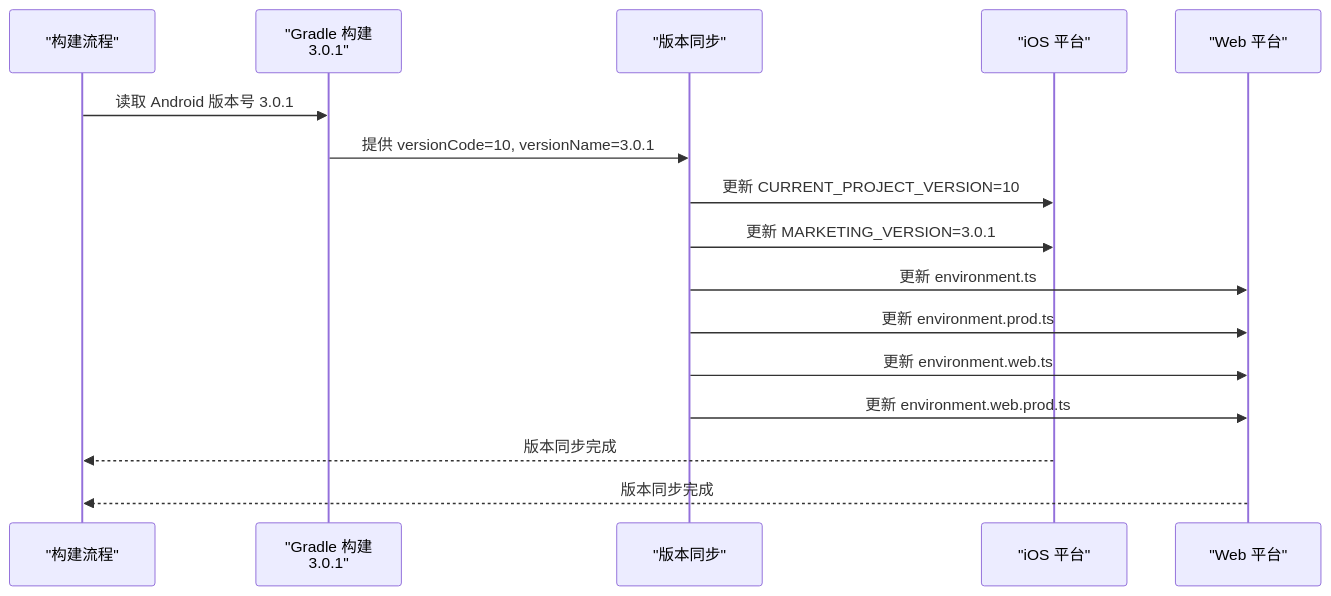
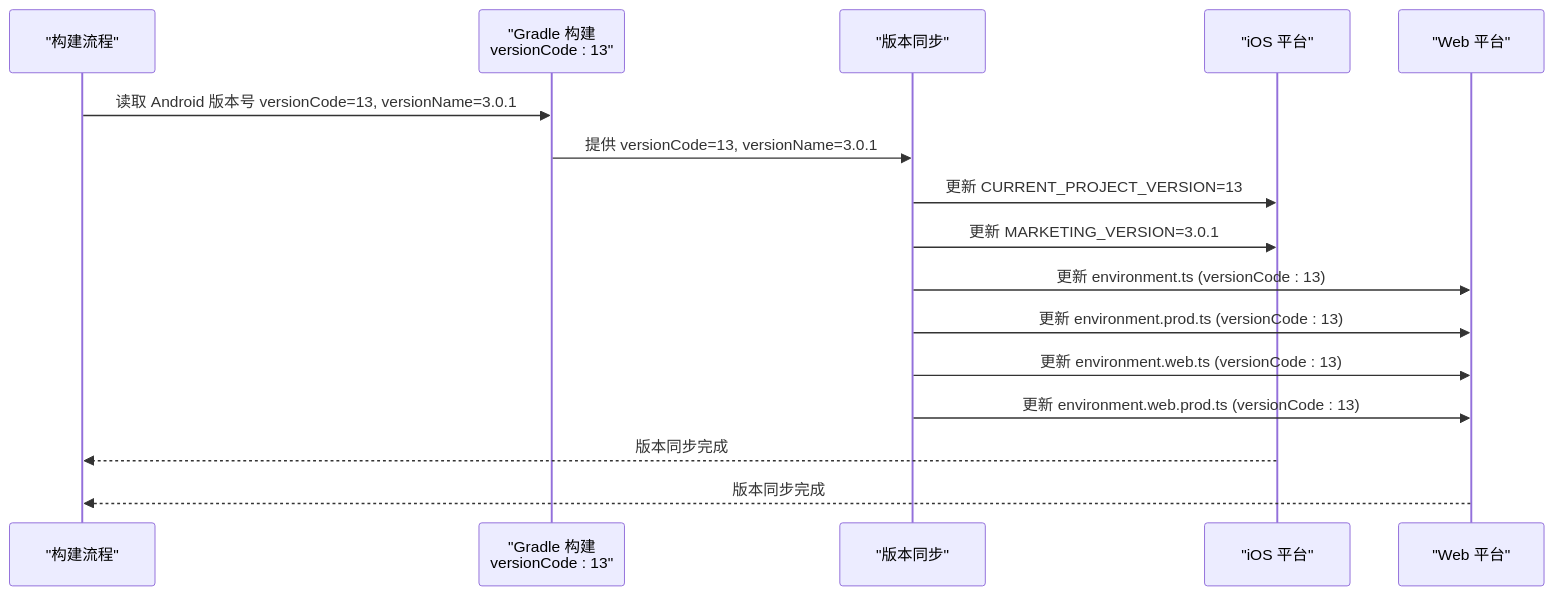
Before and after one commit to tea4go/Macro-Deck-Client-App: the fifth of 6 diagrams in .qoder/repowiki/zh/content/构建与部署/构建配置.md, drawn with Mermaid. The commit also changed other lines of this file and 57 other files, not shown here.

````diff
--- a/.qoder/repowiki/zh/content/构建与部署/构建配置.md
+++ b/.qoder/repowiki/zh/content/构建与部署/构建配置.md
@@ -909,18 +908,18 @@
 ```mermaid
 sequenceDiagram
 participant Build as "构建流程"
-participant Gradle as "Gradle 构建<br/>3.0.1"
+participant Gradle as "Gradle 构建<br/>versionCode : 13"
 participant Sync as "版本同步"
 participant iOS as "iOS 平台"
 participant Web as "Web 平台"
-Build->>Gradle : 读取 Android 版本号 3.0.1
-Gradle->>Sync : 提供 versionCode=10, versionName=3.0.1
-Sync->>iOS : 更新 CURRENT_PROJECT_VERSION=10
+Build->>Gradle : 读取 Android 版本号 versionCode=13, versionName=3.0.1
+Gradle->>Sync : 提供 versionCode=13, versionName=3.0.1
+Sync->>iOS : 更新 CURRENT_PROJECT_VERSION=13
 Sync->>iOS : 更新 MARKETING_VERSION=3.0.1
-Sync->>Web : 更新 environment.ts
-Sync->>Web : 更新 environment.prod.ts
-Sync->>Web : 更新 environment.web.ts
-Sync->>Web : 更新 environment.web.prod.ts
+Sync->>Web : 更新 environment.ts (versionCode : 13)
+Sync->>Web : 更新 environment.prod.ts (versionCode : 13)
+Sync->>Web : 更新 environment.web.ts (versionCode : 13)
+Sync->>Web : 更新 environment.web.prod.ts (versionCode : 13)
 iOS-->>Build : 版本同步完成
 Web-->>Build : 版本同步完成
 ```
````
